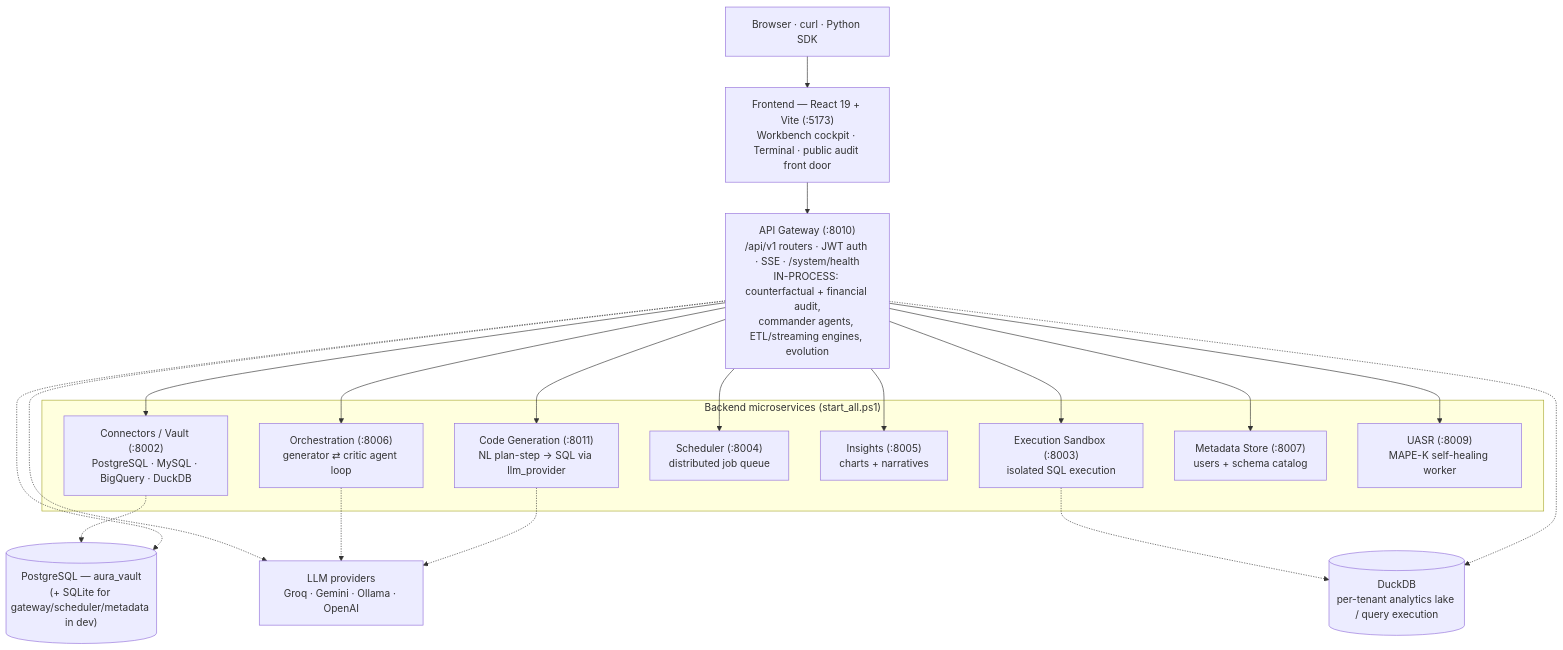
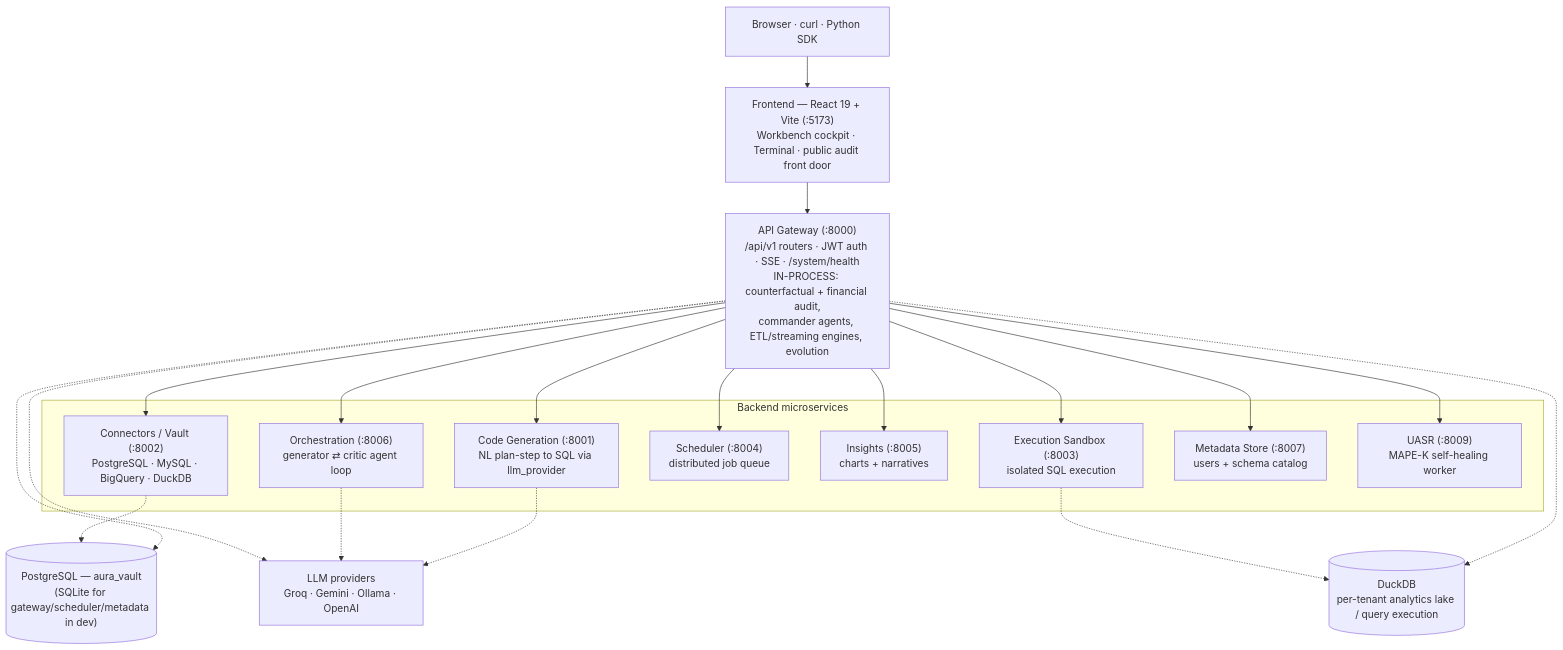
The diagram in README.md (THIRD-I-AI/AURA), drawn with Mermaid before and after one commit. The commit also changed other lines of this file, not shown here.

````diff
--- a/README.md
+++ b/README.md
@@ -60,40 +163,40 @@
 ```mermaid
 flowchart TB
     USER["Browser · curl · Python SDK"]
     FE["Frontend — React 19 + Vite (:5173)<br/>Workbench cockpit · Terminal · public audit front door"]
-    GW["API Gateway (:8010)<br/>/api/v1 routers · JWT auth · SSE · /system/health<br/>IN-PROCESS: counterfactual + financial audit,<br/>commander agents, ETL/streaming engines, evolution"]
+    GW["API Gateway (:8000)<br/>/api/v1 routers · JWT auth · SSE · /system/health<br/>IN-PROCESS: counterfactual + financial audit,<br/>commander agents, ETL/streaming engines, evolution"]
 
     USER --> FE --> GW
 
-    subgraph SVCS["Backend microservices (start_all.ps1)"]
-        CG["Code Generation (:8011)<br/>NL plan-step → SQL via llm_provider"]
+    subgraph SVCS["Backend microservices"]
+        CG["Code Generation (:8001)<br/>NL plan-step to SQL via llm_provider"]
         CONN["Connectors / Vault (:8002)<br/>PostgreSQL · MySQL · BigQuery · DuckDB"]
         SBX["Execution Sandbox (:8003)<br/>isolated SQL execution"]
         SCH["Scheduler (:8004)<br/>distributed job queue"]
         INS["Insights (:8005)<br/>charts + narratives"]
         ORCH["Orchestration (:8006)<br/>generator ⇄ critic agent loop"]
         MET["Metadata Store (:8007)<br/>users + schema catalog"]
         UASR["UASR (:8009)<br/>MAPE-K self-healing worker"]
     end
 
     GW --> CG
     GW --> CONN
     GW --> SBX
     GW --> SCH
     GW --> INS
     GW --> ORCH
     GW --> MET
     GW --> UASR
 
-    PG[("PostgreSQL — aura_vault<br/>(+ SQLite for gateway/scheduler/metadata in dev)")]
+    PG[("PostgreSQL — aura_vault<br/>(SQLite for gateway/scheduler/metadata in dev)")]
     DUCK[("DuckDB<br/>per-tenant analytics lake / query execution")]
     LLM["LLM providers<br/>Groq · Gemini · Ollama · OpenAI"]
 
     GW -.-> PG
     GW -.-> DUCK
     CONN -.-> PG
     SBX -.-> DUCK
     CG -.-> LLM
     ORCH -.-> LLM
     GW -.-> LLM
 ```
````
